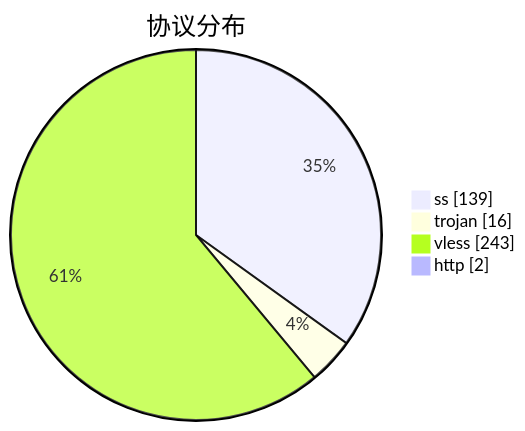
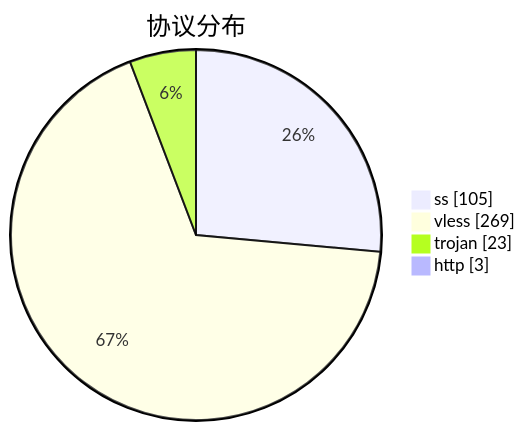
Before and after one commit to qjlxg/airport: the third of 3 diagrams in subs/statistics/tested_within.md, drawn with Mermaid. The commit also changed other lines of this file and 2 other files, not shown here.

````diff
--- a/subs/statistics/tested_within.md
+++ b/subs/statistics/tested_within.md
@@ -33,8 +33,8 @@
 ```mermaid
 pie showData
 title 协议分布
-"ss" : 139
-"trojan" : 16
-"vless" : 243
-"http" : 2
+"ss" : 105
+"vless" : 269
+"trojan" : 23
+"http" : 3
 ```
````
